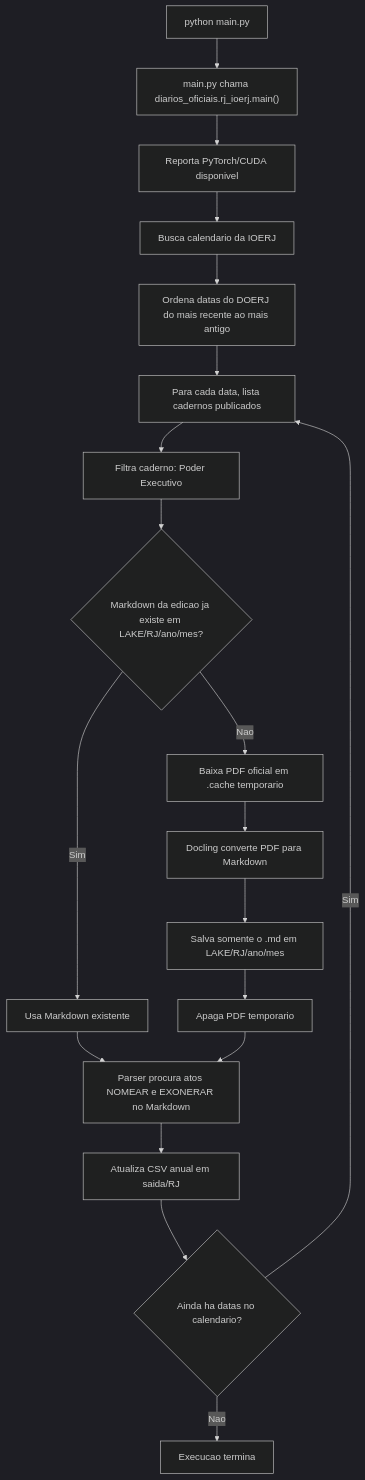
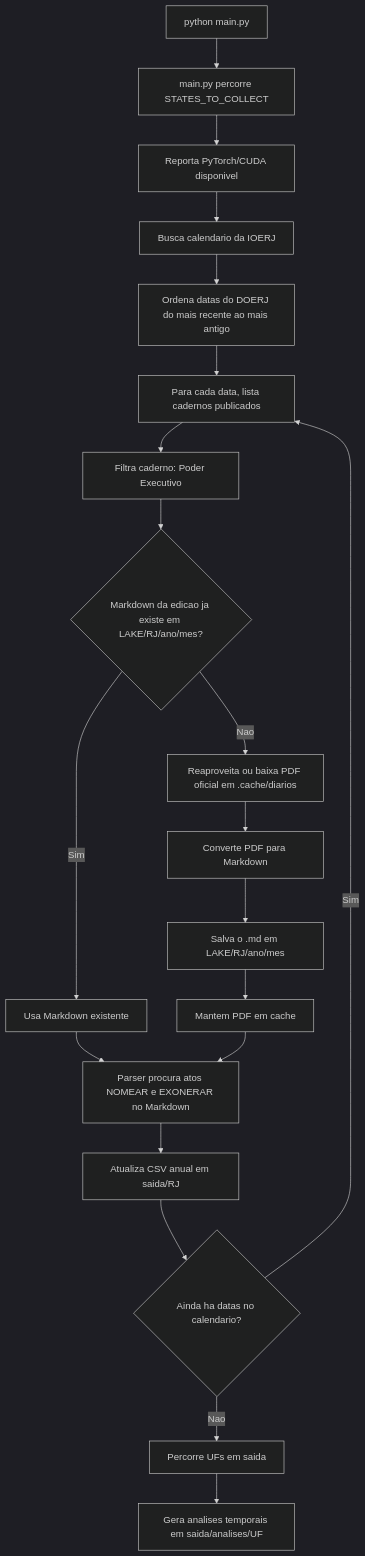
One commit to 0rakul0/exoneracoes_nomeacoes_dou changed the diagram in README.md. Above: the diagram before and after it, drawn with Mermaid (dark theme). The commit also changed other lines of this file and 8 other files, not shown here.

````diff
--- a/README.md
+++ b/README.md
@@ -70,21 +80,22 @@
 ```mermaid
 flowchart TD
-    A["python main.py"] --> B["main.py chama diarios_oficiais.rj_ioerj.main()"]
+    A["python main.py"] --> B["main.py percorre STATES_TO_COLLECT"]
     B --> C["Reporta PyTorch/CUDA disponivel"]
     C --> D["Busca calendario da IOERJ"]
     D --> E["Ordena datas do DOERJ do mais recente ao mais antigo"]
     E --> F["Para cada data, lista cadernos publicados"]
     F --> G["Filtra caderno: Poder Executivo"]
     G --> H{"Markdown da edicao ja existe em LAKE/RJ/ano/mes?"}
     H -- "Sim" --> I["Usa Markdown existente"]
-    H -- "Nao" --> J["Baixa PDF oficial em .cache temporario"]
-    J --> K["Docling converte PDF para Markdown"]
-    K --> L["Salva somente o .md em LAKE/RJ/ano/mes"]
-    L --> M["Apaga PDF temporario"]
+    H -- "Nao" --> J["Reaproveita ou baixa PDF oficial em .cache/diarios"]
+    J --> K["Converte PDF para Markdown"]
+    K --> L["Salva o .md em LAKE/RJ/ano/mes"]
+    L --> M["Mantem PDF em cache"]
     I --> N["Parser procura atos NOMEAR e EXONERAR no Markdown"]
     M --> N
     N --> O["Atualiza CSV anual em saida/RJ"]
     O --> P{"Ainda ha datas no calendario?"}
     P -- "Sim" --> F
-    P -- "Nao" --> Q["Execucao termina"]
+    P -- "Nao" --> Q["Percorre UFs em saida"]
+    Q --> R["Gera analises temporais em saida/analises/UF"]
 ```
````
